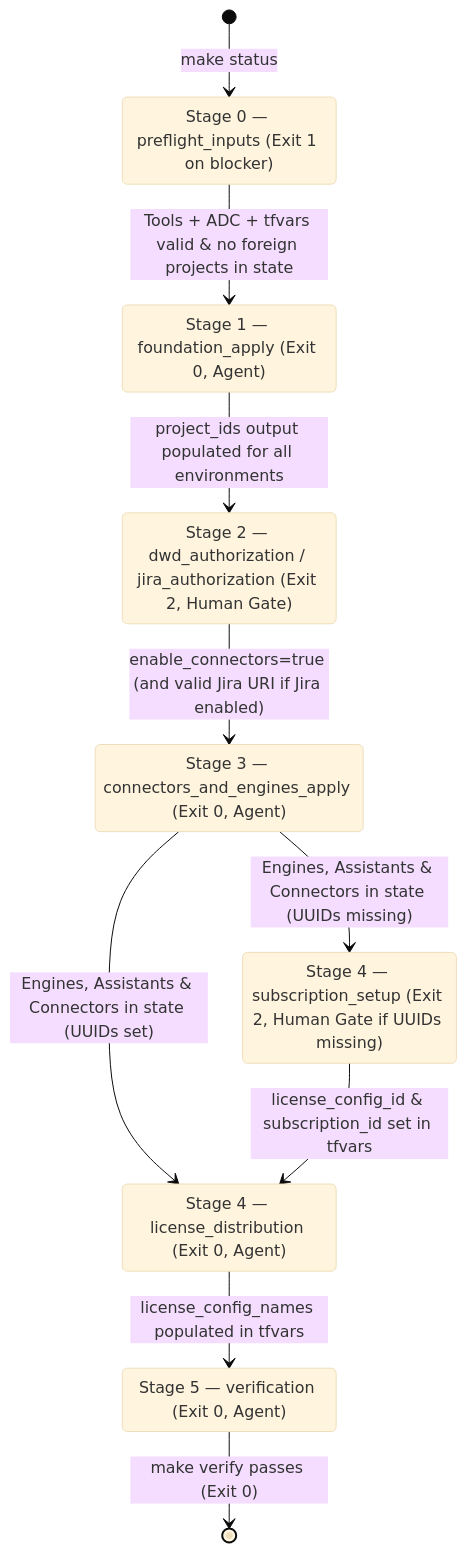
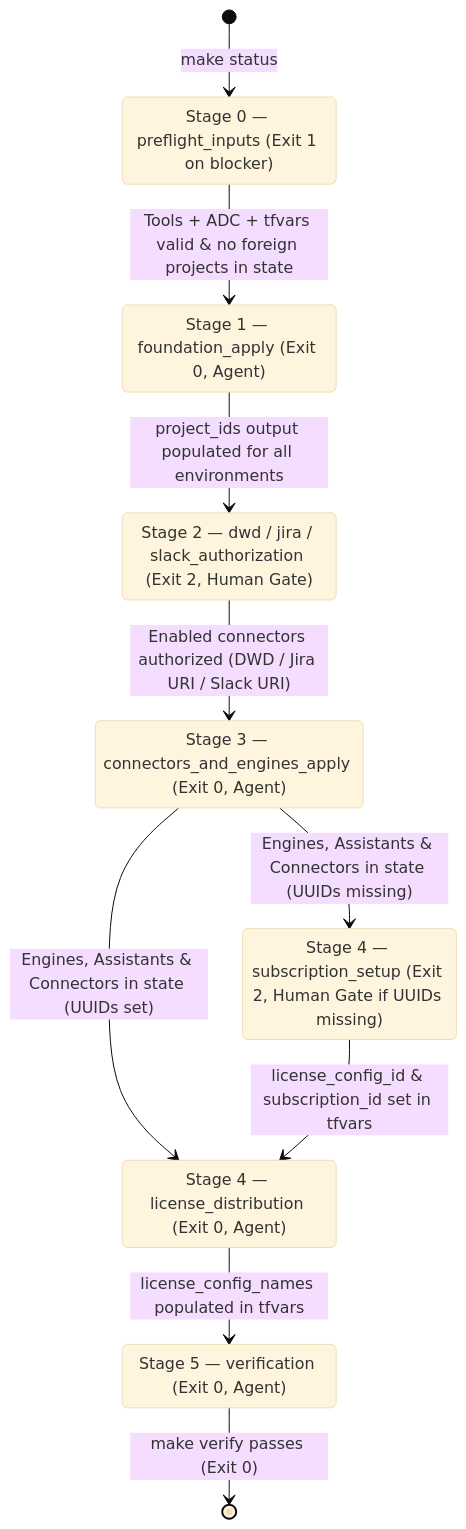
Before and after one commit to pedroccorreia/gemini-prism: the third of 3 diagrams in PRACTITIONERS_GUIDE.md, drawn with Mermaid (base theme). The commit also changed other lines of this file and 11 other files, not shown here.

````diff
--- a/PRACTITIONERS_GUIDE.md
+++ b/PRACTITIONERS_GUIDE.md
@@ -265,20 +289,20 @@
 ```mermaid
 stateDiagram-v2
   [*] --> Phase0: make status
   Phase0: Stage 0 — preflight_inputs (Exit 1 on blocker)
   Phase1: Stage 1 — foundation_apply (Exit 0, Agent)
-  Phase2: Stage 2 — dwd_authorization / jira_authorization (Exit 2, Human Gate)
+  Phase2: Stage 2 — dwd / jira / slack_authorization (Exit 2, Human Gate)
   Phase3: Stage 3 — connectors_and_engines_apply (Exit 0, Agent)
   Phase4Sub: Stage 4 — subscription_setup (Exit 2, Human Gate if UUIDs missing)
   Phase4Dist: Stage 4 — license_distribution (Exit 0, Agent)
   Phase5: Stage 5 — verification (Exit 0, Agent)
 
   Phase0 --> Phase1: Tools + ADC + tfvars valid & no foreign projects in state
   Phase1 --> Phase2: project_ids output populated for all environments
-  Phase2 --> Phase3: enable_connectors=true (and valid Jira URI if Jira enabled)
+  Phase2 --> Phase3: Enabled connectors authorized (DWD / Jira URI / Slack URI)
   Phase3 --> Phase4Sub: Engines, Assistants & Connectors in state (UUIDs missing)
   Phase3 --> Phase4Dist: Engines, Assistants & Connectors in state (UUIDs set)
   Phase4Sub --> Phase4Dist: license_config_id & subscription_id set in tfvars
   Phase4Dist --> Phase5: license_config_names populated in tfvars
   Phase5 --> [*]: make verify passes (Exit 0)
 ```
````
